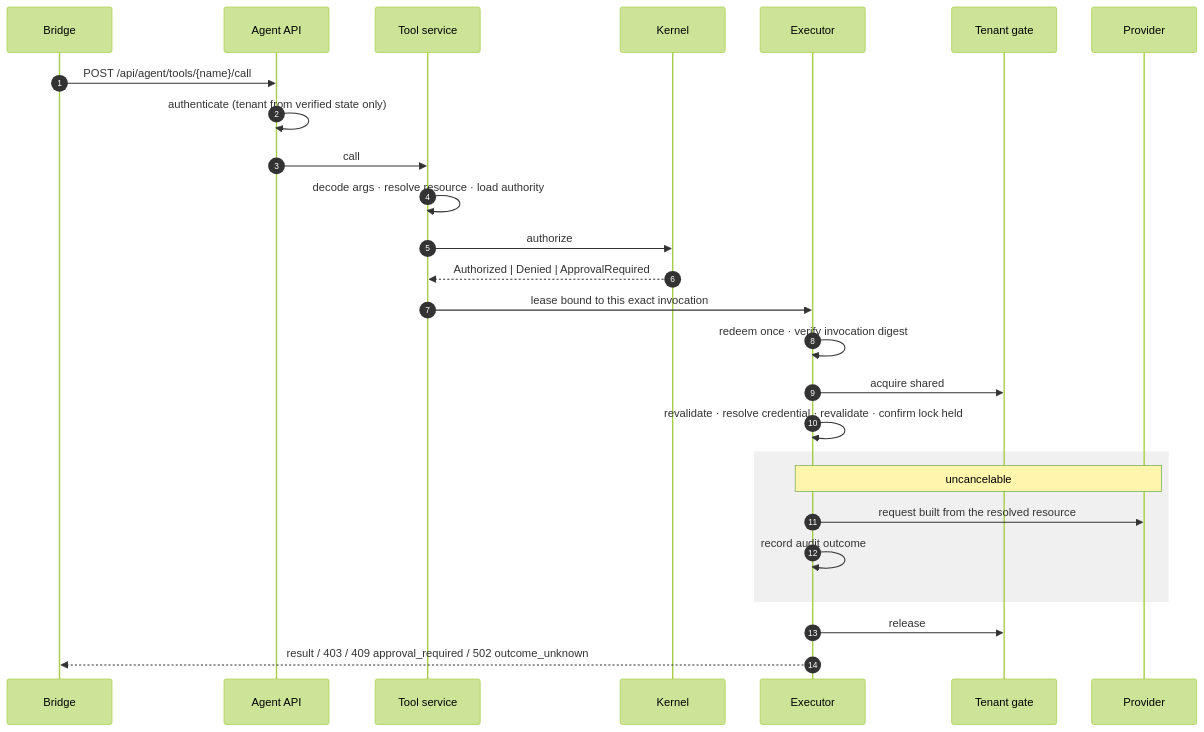
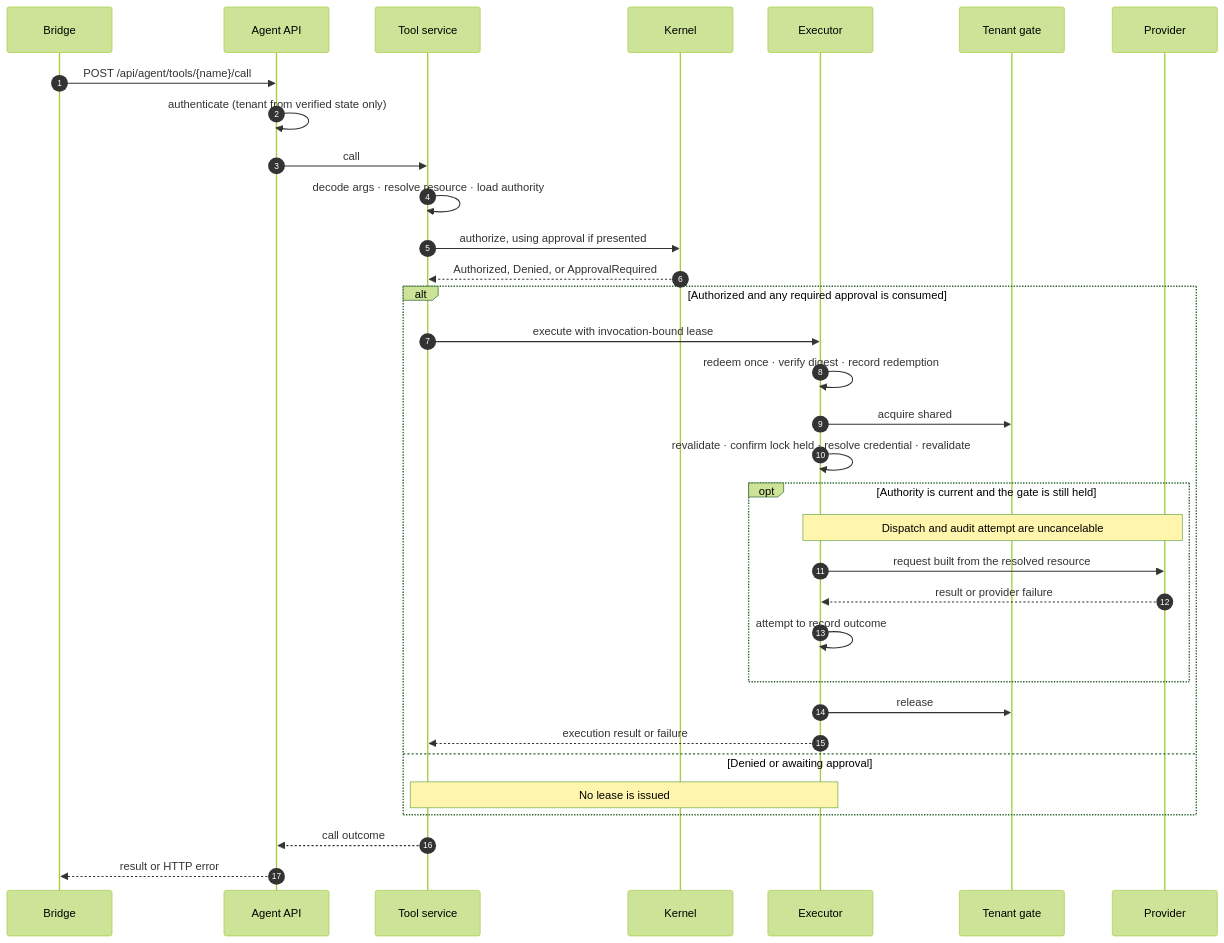
One commit to amurph491/hallpass-public changed the fourth of 6 diagrams in docs/system-design.md. Above: the diagram before and after it, drawn with Mermaid (forest theme). The commit also changed other lines of this file, not shown here.

Commit message:
Align system design diagrams with the implementation

````diff
--- a/docs/system-design.md
+++ b/docs/system-design.md
@@ -164,29 +180,36 @@
 ```mermaid
 sequenceDiagram
   autonumber
   participant B as Bridge
   participant A as Agent API
   participant T as Tool service
   participant K as Kernel
   participant X as Executor
   participant G as Tenant gate
   participant P as Provider
 
   B->>A: POST /api/agent/tools/{name}/call
   A->>A: authenticate (tenant from verified state only)
   A->>T: call
   T->>T: decode args · resolve resource · load authority
-  T->>K: authorize
-  K-->>T: Authorized | Denied | ApprovalRequired
-  T->>X: lease bound to this exact invocation
-  X->>X: redeem once · verify invocation digest
-  X->>G: acquire shared
-  X->>X: revalidate · resolve credential · revalidate · confirm lock held
-  rect rgb(240,240,240)
-  Note over X,P: uncancelable
-  X->>P: request built from the resolved resource
-  X->>X: record audit outcome
+  T->>K: authorize, using approval if presented
+  K-->>T: Authorized, Denied, or ApprovalRequired
+  alt Authorized and any required approval is consumed
+    T->>X: execute with invocation-bound lease
+    X->>X: redeem once · verify digest · record redemption
+    X->>G: acquire shared
+    X->>X: revalidate · confirm lock held · resolve credential · revalidate
+    opt Authority is current and the gate is still held
+      Note over X,P: Dispatch and audit attempt are uncancelable
+      X->>P: request built from the resolved resource
+      P-->>X: result or provider failure
+      X->>X: attempt to record outcome
+    end
+    X->>G: release
+    X-->>T: execution result or failure
+  else Denied or awaiting approval
+    Note over T,X: No lease is issued
   end
-  X->>G: release
-  X-->>B: result / 403 / 409 approval_required / 502 outcome_unknown
+  T-->>A: call outcome
+  A-->>B: result or HTTP error
 ```
````
